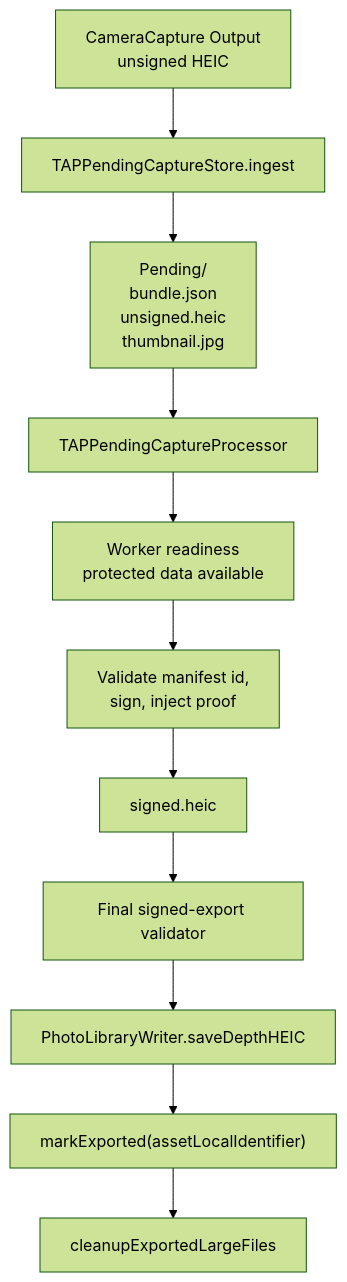
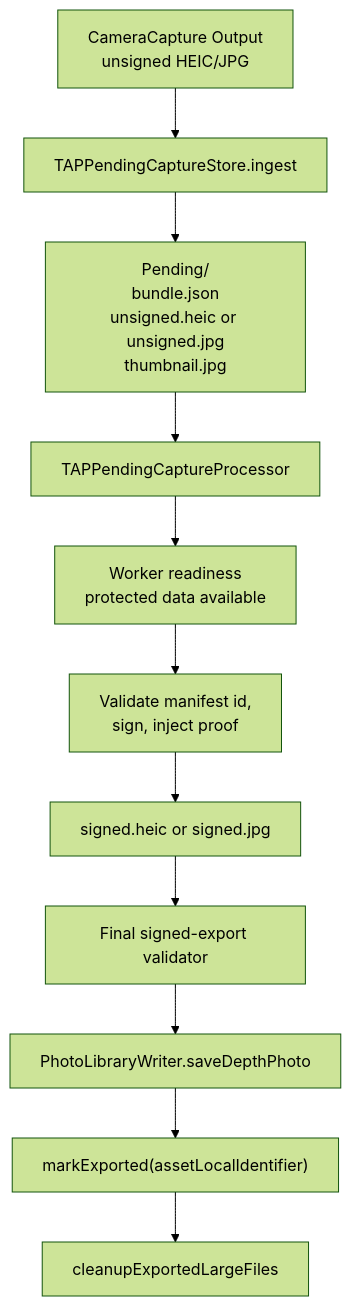
The first of 3 diagrams in TAPCamDemo/TAPLibrary/README.md (TAP-NAP/TAPCamDemo), drawn with Mermaid (forest theme) before and after one commit. The commit also changed other lines of this file and 75 other files, not shown here.

Commit message:
Refine capture and diagnostics flow

````diff
--- a/TAPCamDemo/TAPLibrary/README.md
+++ b/TAPCamDemo/TAPLibrary/README.md
@@ -32,20 +32,20 @@
 ```mermaid
 flowchart TD
-    Capture["CameraCapture Output\nunsigned HEIC"] --> Ingest["TAPPendingCaptureStore.ingest"]
-    Ingest --> Bundle["Pending/<captureID>\nbundle.json\nunsigned.heic\nthumbnail.jpg"]
+    Capture["CameraCapture Output\nunsigned HEIC/JPG"] --> Ingest["TAPPendingCaptureStore.ingest"]
+    Ingest --> Bundle["Pending/<captureID>\nbundle.json\nunsigned.heic or unsigned.jpg\nthumbnail.jpg"]
     Bundle --> Processor["TAPPendingCaptureProcessor"]
     Processor --> Readiness["Worker readiness\nprotected data available"]
     Readiness --> Sign["Validate manifest id,\nsign, inject proof"]
-    Sign --> Signed["signed.heic"]
+    Sign --> Signed["signed.heic or signed.jpg"]
     Signed --> Validate["Final signed-export validator"]
-    Validate --> Export["PhotoLibraryWriter.saveDepthHEIC"]
+    Validate --> Export["PhotoLibraryWriter.saveDepthPhoto"]
     Export --> Mark["markExported(assetLocalIdentifier)"]
     Mark --> Cleanup["cleanupExportedLargeFiles"]
 
     click Ingest "TAPPendingCaptureStore.swift"
     click Processor "TAPPendingCaptureProcessor.swift"
     click Readiness "TAPPendingCaptureWorkerReadiness.swift"
     click Sign "../CameraCapture/Output/TAPCaptureProvenanceWriter.swift"
     click Validate "../CameraCapture/Output/TAPCaptureProvenanceWriter.swift"
     click Export "../CameraCapture/Output/PhotoLibraryWriter.swift"
 ```
````
